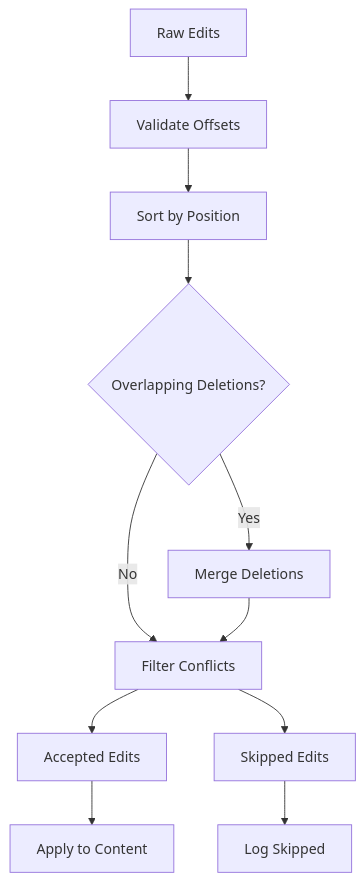
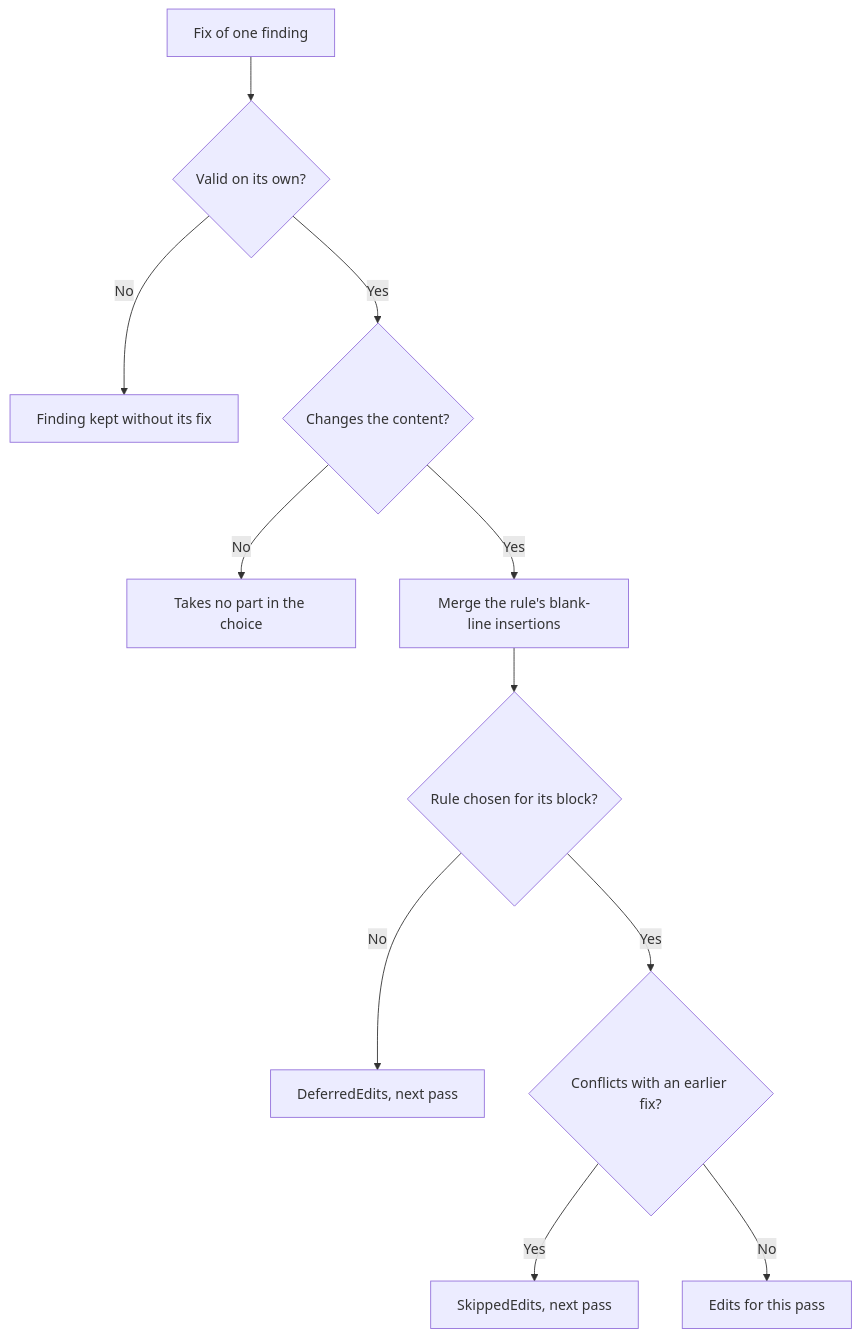
One commit to yaklabco/gomdlint changed the tenth of 12 diagrams in docs/ARCHITECTURE.md. Above: the diagram before and after it, drawn with Mermaid. The commit also changed other lines of this file and 14 other files, not shown here.

````diff
--- a/docs/ARCHITECTURE.md
+++ b/docs/ARCHITECTURE.md
@@ -443,14 +832,13 @@
 ```mermaid
 flowchart TD
-    edits[Raw Edits] --> validate[Validate Offsets]
-    validate --> sort[Sort by Position]
-    sort --> merge{Overlapping Deletions?}
-    merge -->|Yes| merged[Merge Deletions]
-    merge -->|No| filter[Filter Conflicts]
-    merged --> filter
-    filter --> accepted[Accepted Edits]
-    filter --> skipped[Skipped Edits]
-
-    accepted --> apply[Apply to Content]
-    skipped --> log[Log Skipped]
+    proposed[Fix of one finding] --> validate{Valid on its own?}
+    validate -->|No| invalid[Finding kept without its fix]
+    validate -->|Yes| changes{Changes the content?}
+    changes -->|No| idle[Takes no part in the choice]
+    changes -->|Yes| merge[Merge the rule's blank-line insertions]
+    merge --> select{Rule chosen for its block?}
+    select -->|No| deferred[DeferredEdits, next pass]
+    select -->|Yes| resolve{Conflicts with an earlier fix?}
+    resolve -->|Yes| skipped[SkippedEdits, next pass]
+    resolve -->|No| accepted[Edits for this pass]
 ```
````
